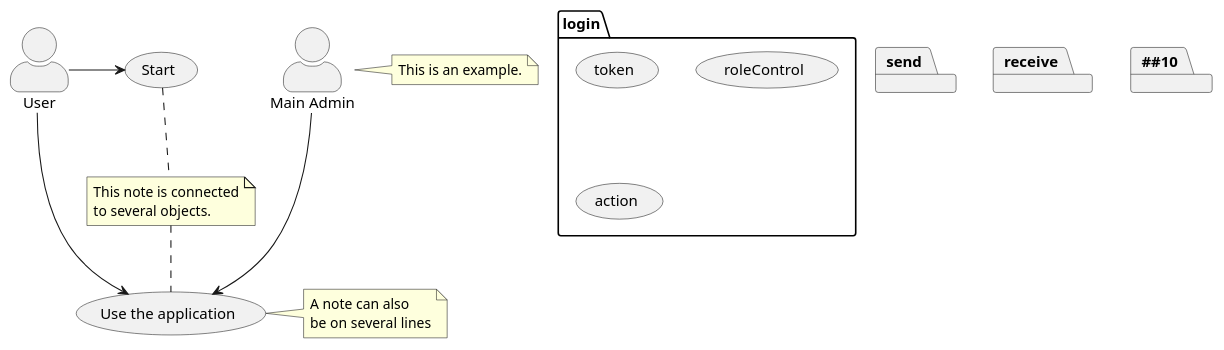
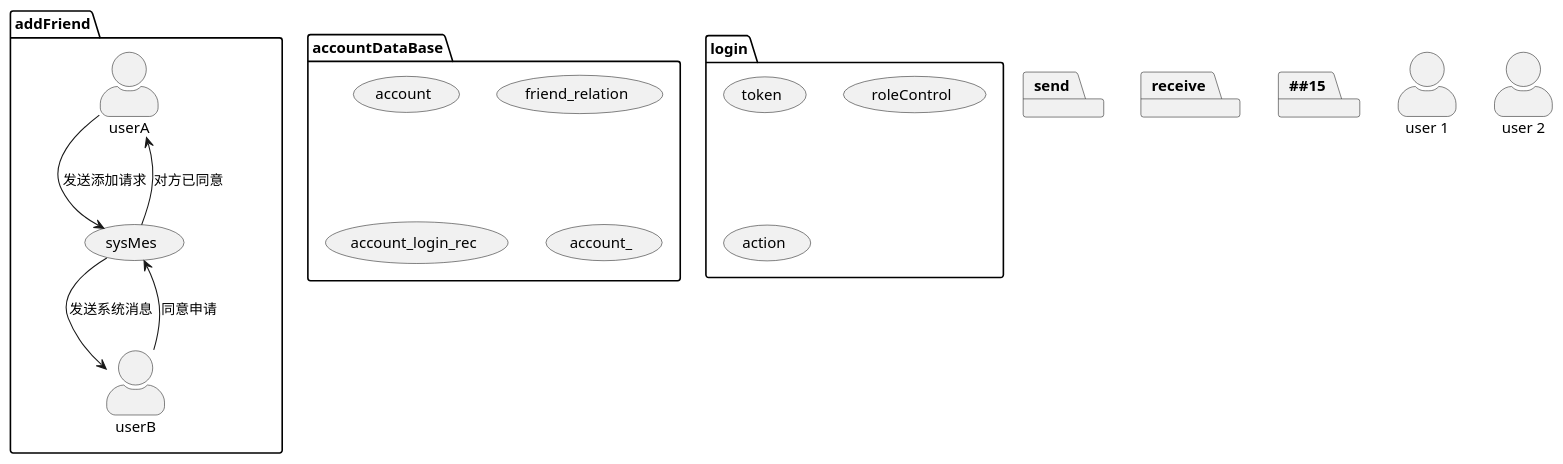
Before and after one commit to pengpengno/IFxIM: the diagram in doc/src/puml/account.puml, drawn with PlantUML. The commit also changed 26 other files, not shown here.

```diff
--- a/doc/src/puml/account.puml
+++ b/doc/src/puml/account.puml
@@ -1,33 +1,49 @@
 @startuml
 'https://plantuml.com/use-case-diagram
 skinparam actorStyle awesome
-:Main Admin: as Admin
-(Use the application) as (Use)
+:user 1: as user1
+:user 2: as user2
+'(账号服务) as (account)
+package accountDataBase{
+    usecase account
+    usecase friend_relation
+    usecase account_login_rec
+    usecase account_
+}
 package login {
     usecase token
     usecase roleControl
     usecase action
 }
 package send{
 
 }
 package receive{
 }
 package {
 }
-User -> (Start)
-User --> (Use)
 
-Admin ---> (Use)
+package addFriend{
+  usecase sysMes
+ userA -> sysMes :发送添加请求
+ sysMes -> userB : 发送系统消息
+ userB --> sysMes : 同意申请
+ sysMes --> userA : 对方已同意
 
-note right of Admin : This is an example.
+}
+'User -> (Start)
+'User --> (Use)
+'
+'Admin ---> (Use)
 
-note right of (Use)
-A note can also
-be on several lines
-end note
+'note right of Admin : This is an example.
 
-note "This note is connected\nto several objects." as N2
-(Start) .. N2
-N2 .. (Use)
+'note right of (Use)
+'A note can also
+'be on several lines
+'end note
+
+'note "This note is connected\nto several objects." as N2
+'(Start) .. N2
+'N2 .. (Use)
 @enduml
```
